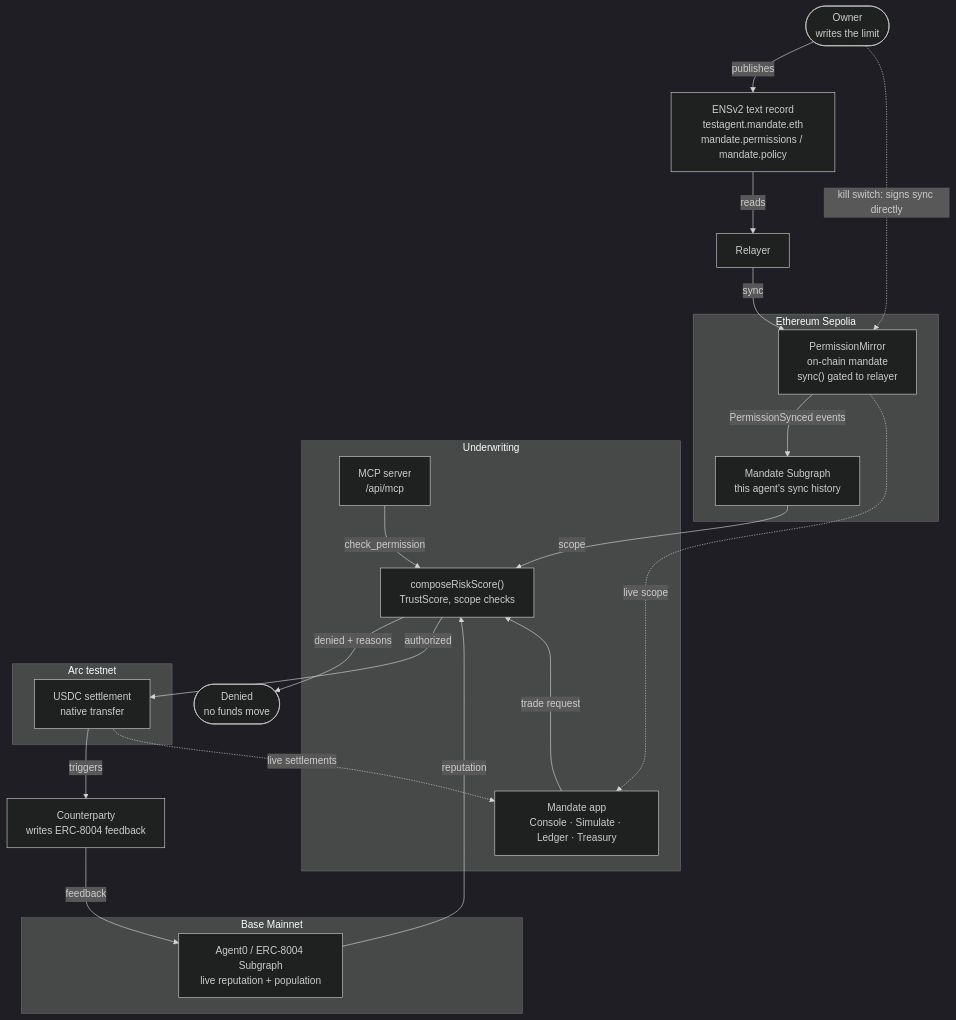
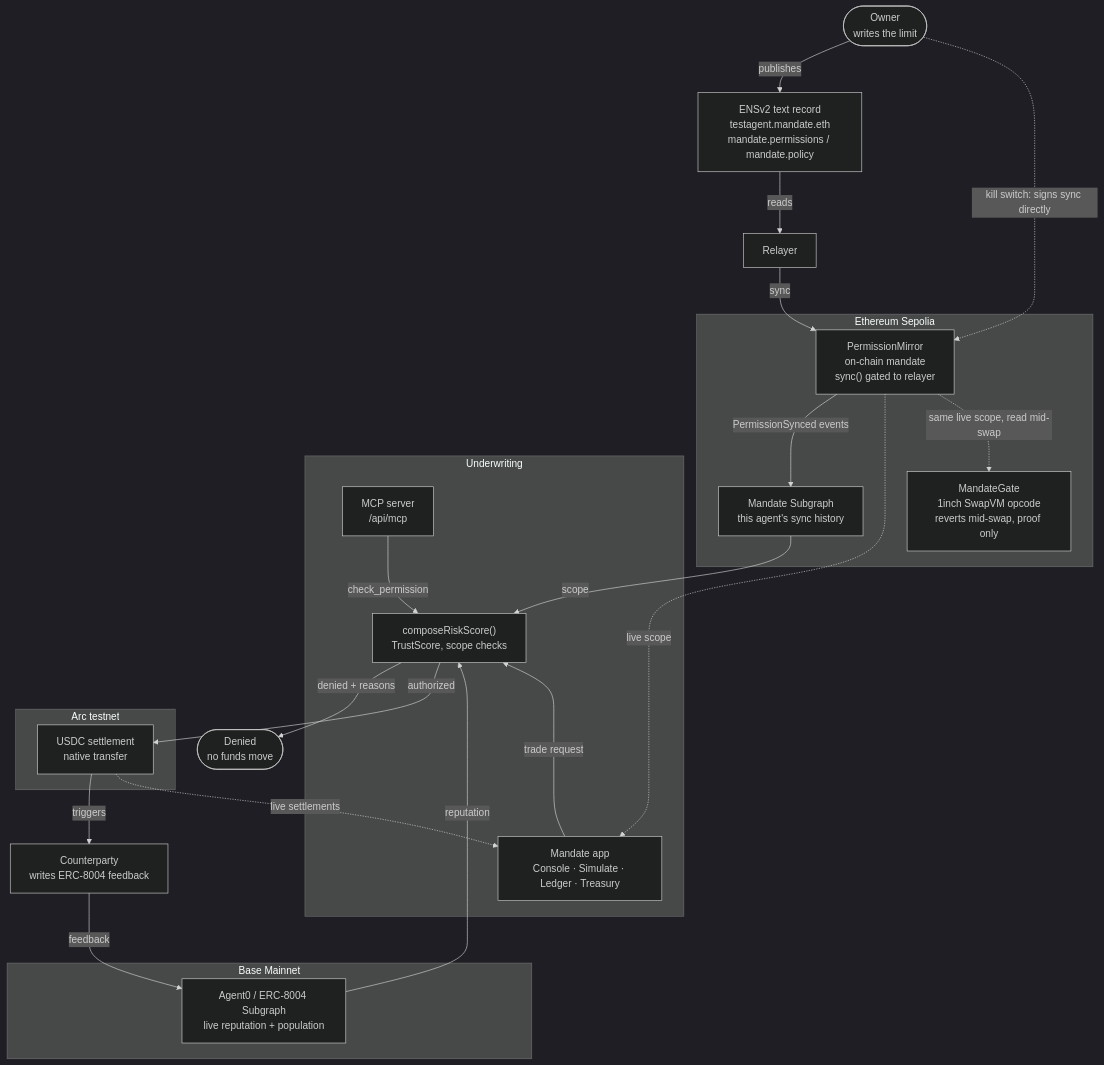
One commit to nisargpatel7042lva/mandate changed the diagram in README.md. Above: the diagram before and after it, drawn with Mermaid (dark theme). The commit also changed other lines of this file and 1 other file, not shown here.

First line of the commit message:
Bring the flowchart, sponsor sections, and site footer in sync

````diff
--- a/README.md
+++ b/README.md
@@ -42,44 +42,46 @@
 ```mermaid
 flowchart TD
     Owner(["Owner<br/>writes the limit"])
     ENS["ENSv2 text record<br/>testagent.mandate.eth<br/>mandate.permissions / mandate.policy"]
     Relayer["Relayer"]
 
     subgraph SEPOLIA[Ethereum Sepolia]
         Mirror["PermissionMirror<br/>on-chain mandate<br/>sync() gated to relayer"]
         MandateGraph["Mandate Subgraph<br/>this agent's sync history"]
+        MandateGate["MandateGate<br/>1inch SwapVM opcode<br/>reverts mid-swap, proof only"]
     end
 
     subgraph BASE[Base Mainnet]
         Agent0["Agent0 / ERC-8004 Subgraph<br/>live reputation + population"]
     end
 
     subgraph ENGINE[Underwriting]
         Compose["composeRiskScore()<br/>TrustScore, scope checks"]
         MCP["MCP server<br/>/api/mcp"]
         UI["Mandate app<br/>Console · Simulate · Ledger · Treasury"]
     end
 
     subgraph ARCNET[Arc testnet]
         Settle["USDC settlement<br/>native transfer"]
     end
 
     Counterparty["Counterparty<br/>writes ERC-8004 feedback"]
     Denied(["Denied<br/>no funds move"])
 
     Owner -->|publishes| ENS
     ENS -->|reads| Relayer
     Relayer -->|sync| Mirror
     Mirror -->|PermissionSynced events| MandateGraph
     MandateGraph -->|scope| Compose
     Agent0 -->|reputation| Compose
     MCP -->|check_permission| Compose
     UI -->|trade request| Compose
     Compose -->|denied + reasons| Denied
     Compose -->|authorized| Settle
     Settle -->|triggers| Counterparty
     Counterparty -->|feedback| Agent0
     Owner -.->|kill switch: signs sync directly| Mirror
     Mirror -.->|live scope| UI
     Settle -.->|live settlements| UI
+    Mirror -.->|same live scope, read mid-swap| MandateGate
 ```
````
